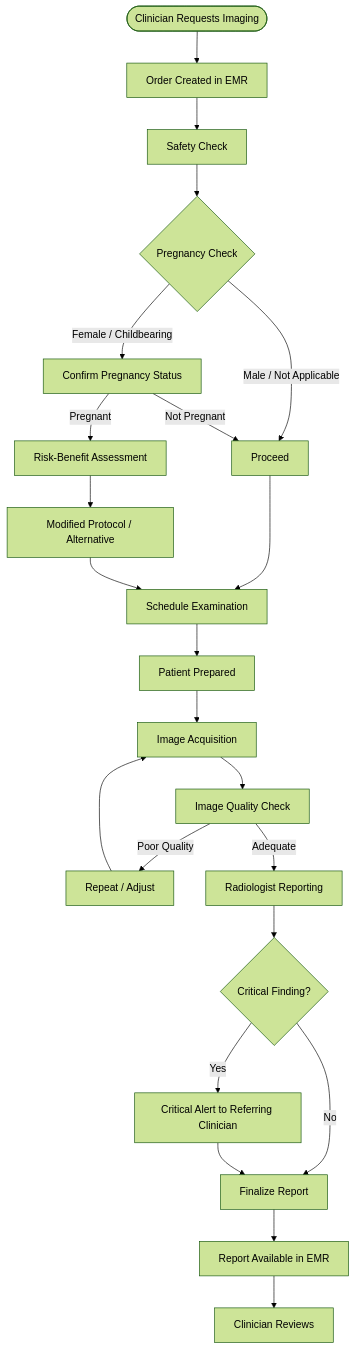
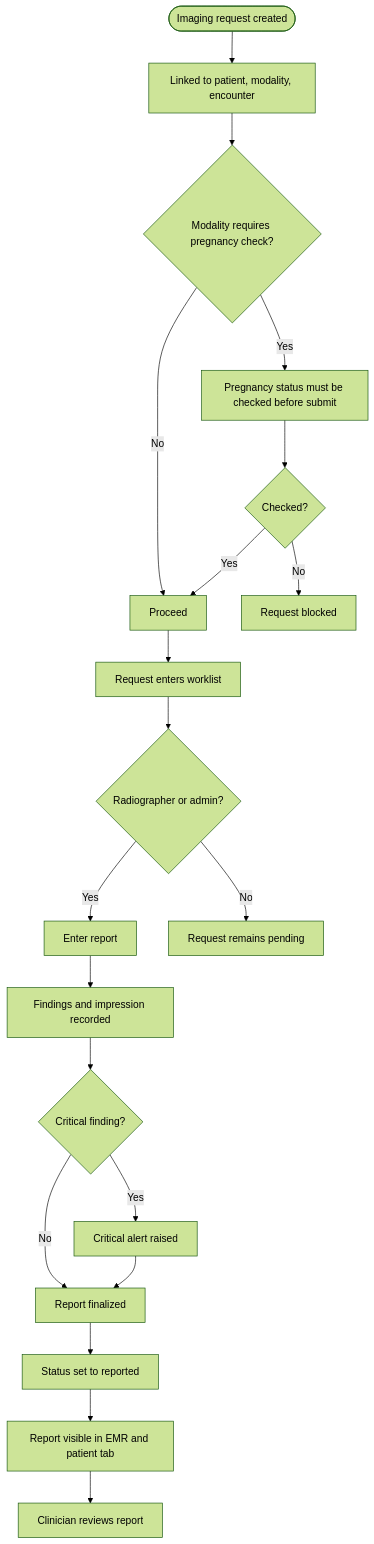
One commit to JosephMponda/GrandGaze changed the diagram in docs/workflows/05-imaging-workflow.md. Above: the diagram before and after it, drawn with Mermaid (forest theme). The commit also changed 6 other files, not shown here.

Commit message:
Update workflow diagrams to match current app

````diff
--- a/docs/workflows/05-imaging-workflow.md
+++ b/docs/workflows/05-imaging-workflow.md
@@ -3,25 +3,22 @@
 ```mermaid
 flowchart TD
-    A([Clinician Requests Imaging]) --> B[Order Created in EMR]
-    B --> C[Safety Check]
-    C --> D{Pregnancy Check}
-    D -->|Female / Childbearing| E[Confirm Pregnancy Status]
-    D -->|Male / Not Applicable| F[Proceed]
-    E -->|Not Pregnant| F
-    E -->|Pregnant| G[Risk-Benefit Assessment]
-    G --> H[Modified Protocol / Alternative]
-    F --> I[Schedule Examination]
-    H --> I
-    I --> J[Patient Prepared]
-    J --> K[Image Acquisition]
-    K --> L[Image Quality Check]
-    L -->|Poor Quality| M[Repeat / Adjust]
-    M --> K
-    L -->|Adequate| N[Radiologist Reporting]
-    N --> O{Critical Finding?}
-    O -->|Yes| P[Critical Alert to Referring Clinician]
-    O -->|No| Q[Finalize Report]
-    P --> Q
-    Q --> R[Report Available in EMR]
-    R --> S[Clinician Reviews]
+    A([Imaging request created]) --> B[Linked to patient, modality, encounter]
+    B --> C{Modality requires pregnancy check?}
+    C -->|Yes| D[Pregnancy status must be checked before submit]
+    C -->|No| E[Proceed]
+    D --> F{Checked?}
+    F -->|No| G[Request blocked]
+    F -->|Yes| E
+    E --> H[Request enters worklist]
+    H --> I{Radiographer or admin?}
+    I -->|Yes| J[Enter report]
+    I -->|No| K[Request remains pending]
+    J --> L[Findings and impression recorded]
+    L --> M{Critical finding?}
+    M -->|Yes| N[Critical alert raised]
+    M -->|No| O[Report finalized]
+    N --> O
+    O --> P[Status set to reported]
+    P --> Q[Report visible in EMR and patient tab]
+    Q --> R[Clinician reviews report]
 ```
````
